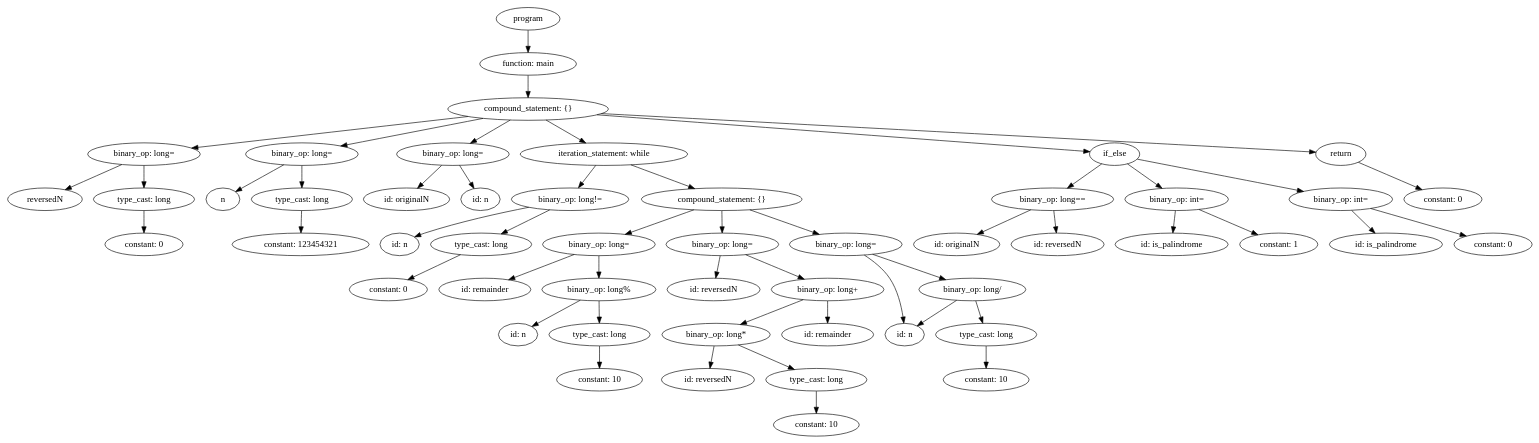
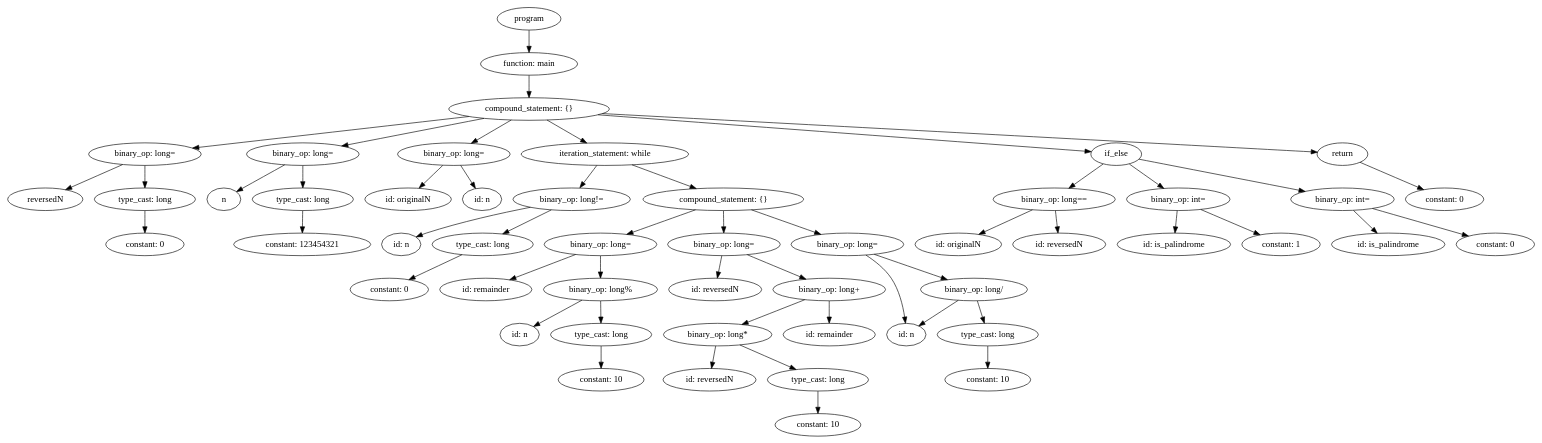
The diagram in output/test2.dot (rjnrohit/C-Compiler-CS335), drawn with Graphviz before and after one commit. The commit also changed 30 other files, not shown here.

```diff
--- a/output/test2.dot
+++ b/output/test2.dot
@@ -1,259 +1,259 @@
 strict digraph "" {
-	graph [bb="0,0,2016.5,684"];
+	graph [bb="0,0,2436.5,684"];
 	node [label="\N"];
 	64	[height=0.5,
 		label=program,
-		pos="697,666",
-		width=1.1389];
+		pos="832,666",
+		width=1.4082];
 	63	[height=0.5,
 		label="function: main",
-		pos="697,594",
-		width=1.7512];
-	64 -> 63	[pos="e,697,612.1 697,647.7 697,639.98 697,630.71 697,622.11"];
+		pos="832,594",
+		width=2.1528];
+	64 -> 63	[pos="e,832,612.1 832,647.7 832,639.98 832,630.71 832,622.11"];
 	62	[height=0.5,
 		label="compound_statement: {}",
-		pos="697,522",
-		width=2.7984];
-	63 -> 62	[pos="e,697,540.1 697,575.7 697,567.98 697,558.71 697,550.11"];
+		pos="832,522",
+		width=3.5566];
+	63 -> 62	[pos="e,832,540.1 832,575.7 832,567.98 832,558.71 832,550.11"];
 	8	[height=0.5,
 		label="binary_op: long=",
-		pos="177,450",
-		width=2.004];
-	62 -> 8	[pos="e,239.06,459.35 619.15,510.52 519,497.04 346.38,473.8 249.1,460.71"];
+		pos="219,450",
+		width=2.4914];
+	62 -> 8	[pos="e,295.15,459.7 735.88,510.02 617.64,496.52 418.68,473.8 305.19,460.84"];
 	18	[height=0.5,
 		label="binary_op: long=",
-		pos="397,450",
-		width=2.004];
-	62 -> 18	[pos="e,447.92,462.88 638.44,507.34 586.38,495.19 510.55,477.5 457.81,465.19"];
+		pos="471,450",
+		width=2.4914];
+	62 -> 18	[pos="e,532.99,463.02 760.25,507.09 697.2,494.86 605.94,477.17 542.87,464.94"];
 	21	[height=0.5,
 		label="binary_op: long=",
-		pos="601,450",
-		width=2.004];
-	62 -> 21	[pos="e,623.26,467.23 674.25,504.41 661.48,495.1 645.39,483.37 631.54,473.27"];
+		pos="712,450",
+		width=2.4914];
+	62 -> 21	[pos="e,739.82,467.23 803.56,504.41 787.15,494.84 766.34,482.7 748.71,472.42"];
 	46	[height=0.5,
 		label="iteration_statement: while",
-		pos="794,450",
-		width=2.8525];
-	62 -> 46	[pos="e,770.84,467.71 719.99,504.41 732.7,495.24 748.68,483.7 762.54,473.71"];
+		pos="953,450",
+		width=3.7011];
+	62 -> 46	[pos="e,924.11,467.71 860.68,504.41 876.98,494.98 897.6,483.05 915.21,472.86"];
 	59	[height=0.5,
 		label=if_else,
-		pos="1468,450",
-		width=0.95833];
-	62 -> 59	[pos="e,1434.1,454.08 784.69,513.04 949.6,498.07 1300.4,466.22 1423.9,455.01"];
+		pos="1769,450",
+		width=1.125];
+	62 -> 59	[pos="e,1729.1,453.98 942.24,512.76 1145.9,497.55 1573.4,465.61 1719.1,454.73"];
 	61	[height=0.5,
 		label=return,
-		pos="1765,450",
-		width=0.88889];
-	62 -> 61	[pos="e,1733.3,453.14 790.09,514.99 941.31,505.22 1249.8,485.25 1511,468 1585.7,463.07 1672.8,457.22 1723.2,453.82"];
+		pos="2130,450",
+		width=1.125];
+	62 -> 61	[pos="e,2090.1,453.18 949.25,514.73 1134,504.83 1504.1,484.99 1818,468 1910.4,463 2018.2,457.11 2079.9,453.74"];
 	5	[height=0.5,
 		label=reversedN,
-		pos="47,378",
-		width=1.3056];
-	8 -> 5	[pos="e,73.122,393.07 148.15,433.46 128.6,422.94 102.66,408.97 81.939,397.81"];
+		pos="60,378",
+		width=1.6667];
+	8 -> 5	[pos="e,92.321,393.23 183.32,433.29 159.12,422.64 127.06,408.52 101.69,397.35"];
 	7	[height=0.5,
 		label="type_cast: long",
-		pos="177,378",
-		width=1.7917];
-	8 -> 7	[pos="e,177,396.1 177,431.7 177,423.98 177,414.71 177,406.11"];
+		pos="219,378",
+		width=2.2387];
+	8 -> 7	[pos="e,219,396.1 219,431.7 219,423.98 219,414.71 219,406.11"];
 	15	[height=0.5,
 		label=n,
-		pos="287,378",
+		pos="345,378",
 		width=0.75];
-	18 -> 15	[pos="e,305.94,391.05 371.76,432.94 354.7,422.08 332.15,407.73 314.61,396.57"];
+	18 -> 15	[pos="e,365.14,390.19 442.09,432.94 421.68,421.6 394.43,406.46 374,395.11"];
 	17	[height=0.5,
 		label="type_cast: long",
-		pos="397,378",
-		width=1.7917];
-	18 -> 17	[pos="e,397,396.1 397,431.7 397,423.98 397,414.71 397,406.11"];
+		pos="471,378",
+		width=2.2387];
+	18 -> 17	[pos="e,471,396.1 471,431.7 471,423.98 471,414.71 471,406.11"];
 	19	[height=0.5,
 		label="id: originalN",
-		pos="536,378",
-		width=1.5556];
-	21 -> 19	[pos="e,551.29,395.47 585.6,432.41 577.42,423.61 567.23,412.63 558.21,402.92"];
+		pos="639,378",
+		width=1.9167];
+	21 -> 19	[pos="e,656.51,395.79 694.33,432.05 685.18,423.28 673.86,412.43 663.85,402.83"];
 	20	[height=0.5,
 		label="id: n",
-		pos="637,378",
-		width=0.75];
-	21 -> 20	[pos="e,628.61,395.31 609.71,432.05 613.98,423.77 619.2,413.62 623.92,404.42"];
+		pos="757,378",
+		width=0.86659];
+	21 -> 20	[pos="e,746.52,395.31 722.89,432.05 728.33,423.59 735.02,413.19 741.03,403.84"];
 	25	[height=0.5,
 		label="binary_op: long!=",
-		pos="758,378",
-		width=2.0972];
-	46 -> 25	[pos="e,766.88,396.28 785.29,432.05 781.15,424.01 776.11,414.2 771.49,405.23"];
+		pos="900,378",
+		width=2.5998];
+	46 -> 25	[pos="e,913.08,396.28 940.17,432.05 933.88,423.75 926.18,413.58 919.21,404.38"];
 	45	[height=0.5,
 		label="compound_statement: {}",
-		pos="953,378",
-		width=2.7984];
-	46 -> 45	[pos="e,917.06,394.82 830.08,433.12 853.05,423 883,409.82 907.59,398.99"];
+		pos="1142,378",
+		width=3.5566];
+	46 -> 45	[pos="e,1098.8,394.98 996.36,432.94 1024,422.71 1059.9,409.4 1089.2,398.56"];
 	52	[height=0.5,
 		label="binary_op: long==",
-		pos="1388,378",
-		width=2.1528];
-	59 -> 52	[pos="e,1406.9,395.54 1451,434.15 1440.4,424.87 1426.5,412.72 1414.5,402.18"];
+		pos="1670,378",
+		width=2.7083];
+	59 -> 52	[pos="e,1693.4,395.54 1748,434.15 1734.6,424.69 1717,412.25 1701.9,401.58"];
 	55	[height=0.5,
 		label="binary_op: int=",
-		pos="1549,378",
-		width=1.8234];
-	59 -> 55	[pos="e,1530.1,395.29 1485.2,434.15 1496,424.81 1510.2,412.54 1522.4,401.96"];
+		pos="1868,378",
+		width=2.2929];
+	59 -> 55	[pos="e,1845,395.29 1790,434.15 1803.5,424.63 1821.2,412.08 1836.4,401.36"];
 	58	[height=0.5,
 		label="binary_op: int=",
-		pos="1764,378",
-		width=1.8234];
-	59 -> 58	[pos="e,1715.9,390.37 1498.8,441.71 1547.7,430.15 1643.8,407.43 1705.9,392.74"];
+		pos="2130,378",
+		width=2.2929];
+	59 -> 58	[pos="e,2070.5,390.53 1805.3,441.97 1864.8,430.42 1984.3,407.25 2060.5,392.47"];
 	60	[height=0.5,
 		label="constant: 0",
-		pos="1897,378",
-		width=1.375];
-	61 -> 60	[pos="e,1869.9,393.36 1787.4,437.13 1807.5,426.45 1837.4,410.58 1860.9,398.12"];
+		pos="2293,378",
+		width=1.7361];
+	61 -> 60	[pos="e,2259.7,393.29 2158,436.97 2183.4,426.08 2221.1,409.88 2250.2,397.38"];
 	6	[height=0.5,
 		label="constant: 0",
-		pos="177,306",
-		width=1.375];
-	7 -> 6	[pos="e,177,324.1 177,359.7 177,351.98 177,342.71 177,334.11"];
+		pos="219,306",
+		width=1.7361];
+	7 -> 6	[pos="e,219,324.1 219,359.7 219,351.98 219,342.71 219,334.11"];
 	16	[height=0.5,
 		label="constant: 123454321",
-		pos="396,306",
-		width=2.3472];
-	17 -> 16	[pos="e,396.24,324.1 396.75,359.7 396.64,351.98 396.51,342.71 396.39,334.11"];
+		pos="470,306",
+		width=3.0331];
+	17 -> 16	[pos="e,470.24,324.1 470.75,359.7 470.64,351.98 470.51,342.71 470.39,334.11"];
 	22	[height=0.5,
 		label="id: n",
-		pos="526,306",
-		width=0.75];
-	25 -> 22	[pos="e,547.05,317.7 704.38,365.21 664.53,355.81 609.14,341.35 562,324 560.15,323.32 558.27,322.58 556.38,321.8"];
+		pos="628,306",
+		width=0.86659];
+	25 -> 22	[pos="e,651.85,317.95 834.16,365.19 787.25,356 723.03,341.82 668,324 665.76,323.27 663.47,322.47 661.18,321.62"];
 	24	[height=0.5,
 		label="type_cast: long",
-		pos="636,306",
-		width=1.7917];
-	25 -> 24	[pos="e,663.15,322.58 730.32,361.12 713.04,351.2 690.61,338.34 671.97,327.64"];
+		pos="758,306",
+		width=2.2387];
+	25 -> 24	[pos="e,789.94,322.74 867.42,360.94 847.07,350.91 820.7,337.91 798.95,327.19"];
 	31	[height=0.5,
 		label="binary_op: long=",
-		pos="791,306",
-		width=2.004];
-	45 -> 31	[pos="e,825.4,321.86 916.24,361.12 892.07,350.67 860.32,336.95 834.83,325.94"];
+		pos="946,306",
+		width=2.4914];
+	45 -> 31	[pos="e,987.95,321.98 1097.5,361.12 1067.9,350.52 1028.8,336.56 997.73,325.47"];
 	39	[height=0.5,
 		label="binary_op: long=",
-		pos="953,306",
-		width=2.004];
-	45 -> 39	[pos="e,953,324.1 953,359.7 953,351.98 953,342.71 953,334.11"];
+		pos="1143,306",
+		width=2.4914];
+	45 -> 39	[pos="e,1142.8,324.1 1142.2,359.7 1142.4,351.98 1142.5,342.71 1142.6,334.11"];
 	44	[height=0.5,
 		label="binary_op: long=",
-		pos="1115,306",
-		width=2.004];
-	45 -> 44	[pos="e,1080.6,321.86 989.76,361.12 1013.9,350.67 1045.7,336.95 1071.2,325.94"];
+		pos="1340,306",
+		width=2.4914];
+	45 -> 44	[pos="e,1297.6,321.98 1186.9,361.12 1217,350.48 1256.7,336.44 1288.2,325.33"];
 	50	[height=0.5,
 		label="id: originalN",
-		pos="1261,306",
-		width=1.5556];
-	52 -> 50	[pos="e,1288,321.86 1359.2,361.12 1340.7,350.95 1316.7,337.67 1297,326.82"];
+		pos="1517,306",
+		width=1.9167];
+	52 -> 50	[pos="e,1549.7,321.98 1635.3,361.12 1612.6,350.75 1582.9,337.17 1559,326.2"];
 	51	[height=0.5,
 		label="id: reversedN",
-		pos="1394,306",
-		width=1.625];
-	52 -> 51	[pos="e,1392.5,324.1 1389.5,359.7 1390.1,351.98 1390.9,342.71 1391.7,334.11"];
+		pos="1678,306",
+		width=2.0582];
+	52 -> 51	[pos="e,1676,324.1 1672,359.7 1672.9,351.98 1673.9,342.71 1674.9,334.11"];
 	53	[height=0.5,
 		label="id: is_palindrome",
-		pos="1544,306",
-		width=2.0417];
-	55 -> 53	[pos="e,1545.2,324.1 1547.8,359.7 1547.2,351.98 1546.6,342.71 1545.9,334.11"];
+		pos="1861,306",
+		width=2.5139];
+	55 -> 53	[pos="e,1862.7,324.1 1866.3,359.7 1865.5,351.98 1864.6,342.71 1863.7,334.11"];
 	54	[height=0.5,
 		label="constant: 1",
-		pos="1685,306",
-		width=1.375];
-	55 -> 54	[pos="e,1657.4,321.21 1578.5,361.81 1599,351.26 1626.5,337.12 1648.4,325.84"];
+		pos="2032,306",
+		width=1.7361];
+	55 -> 54	[pos="e,1998.6,321.25 1904,361.64 1929.1,350.92 1962.7,336.57 1989.2,325.27"];
 	56	[height=0.5,
 		label="id: is_palindrome",
-		pos="1826,306",
-		width=2.0417];
-	58 -> 56	[pos="e,1811,323.96 1778.7,360.41 1786.3,351.82 1795.7,341.16 1804.2,331.63"];
+		pos="2203,306",
+		width=2.5139];
+	58 -> 56	[pos="e,2185.5,323.79 2147.7,360.05 2156.8,351.28 2168.1,340.43 2178.1,330.83"];
 	57	[height=0.5,
 		label="constant: 0",
-		pos="1967,306",
-		width=1.375];
-	58 -> 57	[pos="e,1932.4,318.94 1803.1,363.5 1837.4,351.7 1887,334.57 1922.7,322.27"];
+		pos="2374,306",
+		width=1.7361];
+	58 -> 57	[pos="e,2331.1,319.31 2177.9,363.25 2219.2,351.4 2278.8,334.3 2321.5,322.07"];
 	23	[height=0.5,
 		label="constant: 0",
-		pos="514,234",
-		width=1.375];
-	24 -> 23	[pos="e,539.33,249.54 608.92,289.46 590.99,279.17 567.31,265.59 548.09,254.56"];
+		pos="609,234",
+		width=1.7361];
+	24 -> 23	[pos="e,640.19,249.65 724.93,289.46 702.6,278.98 673,265.07 649.29,253.93"];
 	26	[height=0.5,
 		label="id: remainder",
-		pos="640,234",
-		width=1.625];
-	31 -> 26	[pos="e,670.9,249.32 758.24,289.81 735.34,279.2 704.63,264.96 680.24,253.65"];
+		pos="763,234",
+		width=2.0417];
+	31 -> 26	[pos="e,801.07,249.56 906.29,289.81 878.12,279.03 840.18,264.52 810.42,253.14"];
 	30	[height=0.5,
 		label="binary_op: long%",
-		pos="791,234",
-		width=2.0762];
-	31 -> 30	[pos="e,791,252.1 791,287.7 791,279.98 791,270.71 791,262.11"];
+		pos="946,234",
+		width=2.5278];
+	31 -> 30	[pos="e,946,252.1 946,287.7 946,279.98 946,270.71 946,262.11"];
 	32	[height=0.5,
 		label="id: reversedN",
-		pos="942,234",
-		width=1.625];
-	39 -> 32	[pos="e,944.69,252.1 950.28,287.7 949.07,279.98 947.61,270.71 946.26,262.11"];
+		pos="1129,234",
+		width=2.0582];
+	39 -> 32	[pos="e,1132.4,252.1 1139.5,287.7 1138,279.98 1136.1,270.71 1134.4,262.11"];
 	38	[height=0.5,
 		label="binary_op: long+",
-		pos="1091,234",
-		width=2.004];
-	39 -> 38	[pos="e,1060.3,250.57 983.28,289.64 1003.3,279.5 1029.7,266.1 1051.3,255.11"];
+		pos="1311,234",
+		width=2.4914];
+	39 -> 38	[pos="e,1273.8,250.49 1180.3,289.46 1205.1,279.13 1237.8,265.48 1264.4,254.43"];
 	40	[height=0.5,
 		label="id: n",
-		pos="1197,162",
-		width=0.75];
-	44 -> 40	[pos="e,1195,180.17 1137.6,288.9 1149.4,279.39 1163.2,266.42 1172,252 1183.5,233.1 1189.9,208.73 1193.3,190.27"];
+		pos="1434,162",
+		width=0.86659];
+	44 -> 40	[pos="e,1432.7,180.1 1369.6,288.86 1383.8,279.76 1399.8,267.17 1410,252 1422.5,233.5 1428.5,208.75 1431.4,190.05"];
 	43	[height=0.5,
 		label="binary_op: long/",
-		pos="1289,234",
-		width=1.9318];
-	44 -> 43	[pos="e,1252.9,249.53 1151.5,290.33 1178.2,279.56 1214.8,264.86 1243.5,253.32"];
+		pos="1542,234",
+		width=2.3651];
+	44 -> 43	[pos="e,1499.6,249.7 1382.8,290.15 1414.1,279.31 1456.8,264.54 1490,253.01"];
 	27	[height=0.5,
 		label="id: n",
-		pos="681,162",
-		width=0.75];
-	30 -> 27	[pos="e,699.94,175.05 765.76,216.94 748.7,206.08 726.15,191.73 708.61,180.57"];
+		pos="817,162",
+		width=0.86659];
+	30 -> 27	[pos="e,839.21,175.05 916.4,216.94 896.02,205.88 868.98,191.21 848.25,179.96"];
 	29	[height=0.5,
 		label="type_cast: long",
-		pos="791,162",
-		width=1.7917];
-	30 -> 29	[pos="e,791,180.1 791,215.7 791,207.98 791,198.71 791,190.11"];
+		pos="947,162",
+		width=2.2387];
+	30 -> 29	[pos="e,946.76,180.1 946.25,215.7 946.36,207.98 946.49,198.71 946.61,190.11"];
 	36	[height=0.5,
 		label="binary_op: long*",
-		pos="945,162",
-		width=1.9861];
-	38 -> 36	[pos="e,976.62,178.16 1059.3,217.81 1037.8,207.49 1009.1,193.75 985.88,182.6"];
+		pos="1133,162",
+		width=2.4028];
+	38 -> 36	[pos="e,1171.7,178.21 1271.9,217.64 1245.2,207.12 1209.5,193.09 1181,181.89"];
 	37	[height=0.5,
 		label="id: remainder",
-		pos="1093,162",
-		width=1.625];
-	38 -> 37	[pos="e,1092.5,180.1 1091.5,215.7 1091.7,207.98 1092,198.71 1092.2,190.11"];
-	43 -> 40	[pos="e,1214.2,176.1 1267.7,216.76 1254.2,206.53 1236.8,193.26 1222.6,182.46"];
+		pos="1311,162",
+		width=2.0417];
+	38 -> 37	[pos="e,1311,180.1 1311,215.7 1311,207.98 1311,198.71 1311,190.11"];
+	43 -> 40	[pos="e,1453.9,175.88 1517,216.76 1500.6,206.17 1479.2,192.32 1462.3,181.33"];
 	42	[height=0.5,
 		label="type_cast: long",
-		pos="1307,162",
-		width=1.7917];
-	43 -> 42	[pos="e,1302.6,180.1 1293.4,215.7 1295.5,207.9 1297.9,198.51 1300.1,189.83"];
+		pos="1564,162",
+		width=2.2387];
+	43 -> 42	[pos="e,1558.6,180.1 1547.4,215.7 1549.9,207.9 1552.8,198.51 1555.6,189.83"];
 	28	[height=0.5,
 		label="constant: 10",
-		pos="791,90",
-		width=1.5];
-	29 -> 28	[pos="e,791,108.1 791,143.7 791,135.98 791,126.71 791,118.11"];
+		pos="947,90",
+		width=1.8957];
+	29 -> 28	[pos="e,947,108.1 947,143.7 947,135.98 947,126.71 947,118.11"];
 	33	[height=0.5,
 		label="id: reversedN",
-		pos="934,90",
-		width=1.625];
-	36 -> 33	[pos="e,936.69,108.1 942.28,143.7 941.07,135.98 939.61,126.71 938.26,118.11"];
+		pos="1120,90",
+		width=2.0582];
+	36 -> 33	[pos="e,1123.2,108.1 1129.8,143.7 1128.4,135.98 1126.6,126.71 1125,118.11"];
 	35	[height=0.5,
 		label="type_cast: long",
-		pos="1075,90",
-		width=1.7917];
-	36 -> 35	[pos="e,1046.7,106.25 973.85,145.46 992.66,135.34 1017.4,122.02 1037.7,111.09"];
+		pos="1293,90",
+		width=2.2387];
+	36 -> 35	[pos="e,1258.1,106.25 1168.5,145.46 1192.2,135.11 1223.5,121.42 1248.8,110.35"];
 	41	[height=0.5,
 		label="constant: 10",
-		pos="1307,90",
-		width=1.5];
-	42 -> 41	[pos="e,1307,108.1 1307,143.7 1307,135.98 1307,126.71 1307,118.11"];
+		pos="1564,90",
+		width=1.8957];
+	42 -> 41	[pos="e,1564,108.1 1564,143.7 1564,135.98 1564,126.71 1564,118.11"];
 	34	[height=0.5,
 		label="constant: 10",
-		pos="1075,18",
-		width=1.5];
-	35 -> 34	[pos="e,1075,36.104 1075,71.697 1075,63.983 1075,54.712 1075,46.112"];
+		pos="1293,18",
+		width=1.8957];
+	35 -> 34	[pos="e,1293,36.104 1293,71.697 1293,63.983 1293,54.712 1293,46.112"];
 }
```
